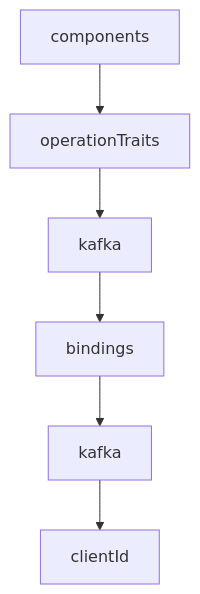
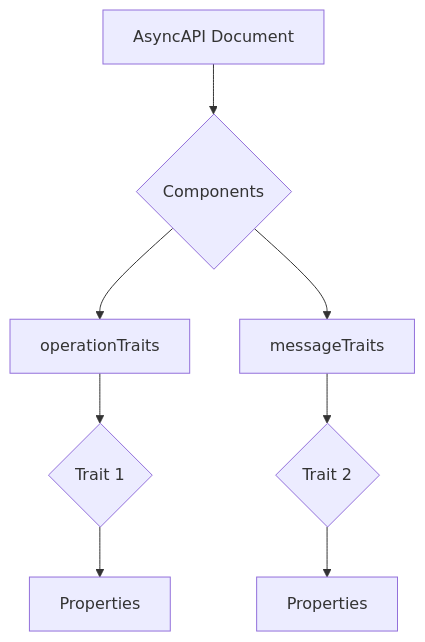
Before and after one commit to asyncapi/website: the first of 4 diagrams in pages/docs/concepts/asyncapi-document/reusing-traits.md, drawn with Mermaid. The commit also changed other lines of this file, not shown here.

````diff
--- a/pages/docs/concepts/asyncapi-document/reusing-traits.md
+++ b/pages/docs/concepts/asyncapi-document/reusing-traits.md
@@ -12,14 +12,10 @@
 ```mermaid
 graph TD
-  A[components]
-  B[operationTraits]
-  C[kafka]
-  D[bindings]
-  E[kafka]
-  F[clientId]
-  A --> B
-  B --> C
-  C --> D
-  D --> E
-  E --> F
+    A[AsyncAPI Document] --> B{Components}
+    B --> C[operationTraits]
+    B --> D[messageTraits]
+    C --> E{Trait 1}
+    D --> G{Trait 2}
+    E --> I[Properties]
+    G --> K[Properties]
 ```
````
